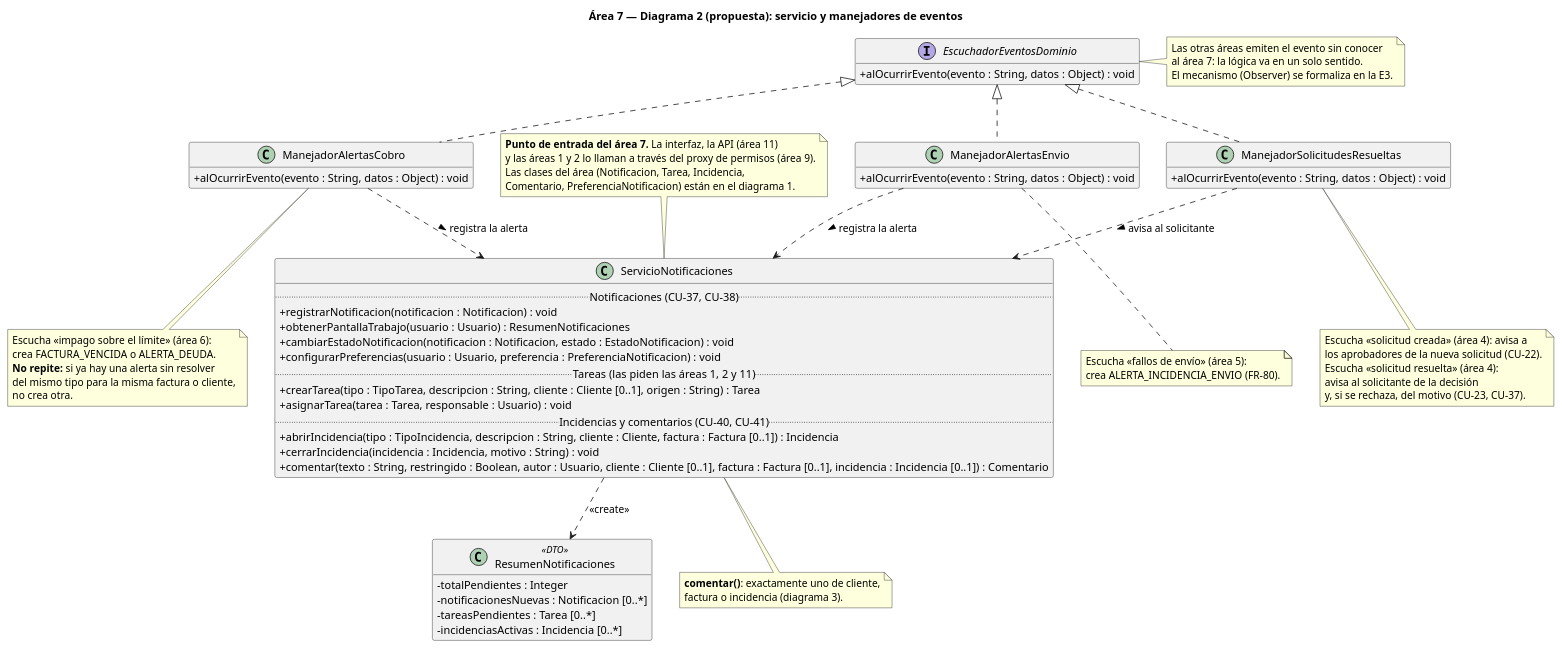
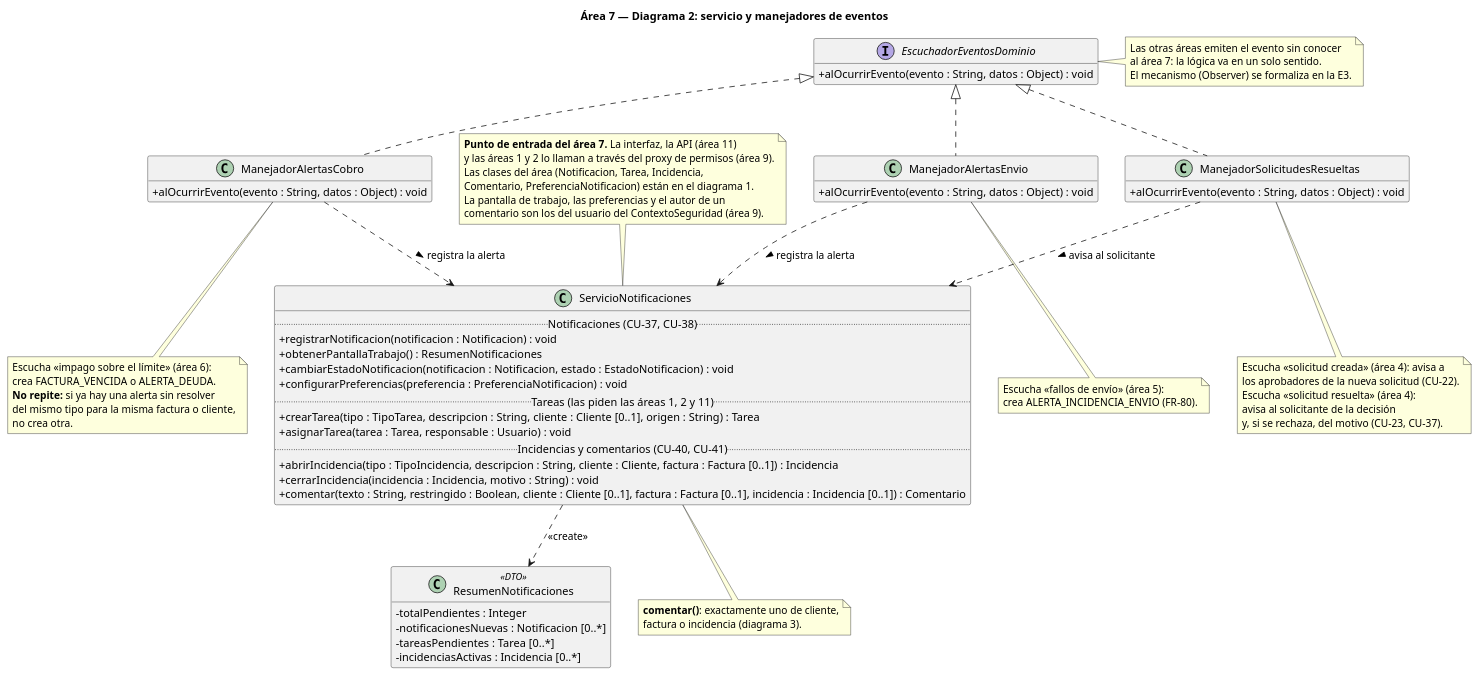
One commit to naybetaomar/AyDA-ProyectoBebes changed the diagram in Entrega2_GrupoBebes/entrega2/diagramas/clases/area07/area7_2_patrones_notificaciones.puml. Above: the diagram before and after it, drawn with PlantUML. The commit also changed 98 other files, not shown here.

Commit message:
Ajuste de los diagramas de secuencia, generacion de imagenes para el PDF

```diff
--- a/Entrega2_GrupoBebes/entrega2/diagramas/clases/area07/area7_2_patrones_notificaciones.puml
+++ b/Entrega2_GrupoBebes/entrega2/diagramas/clases/area07/area7_2_patrones_notificaciones.puml
@@ -1,88 +1,90 @@
 @startuml area7_2
 skinparam classAttributeIconSize 0
 hide empty members
-title Área 7 — Diagrama 2 (propuesta): servicio y manejadores de eventos
+title Área 7 — Diagrama 2: servicio y manejadores de eventos
 
 class ServicioNotificaciones {
   .. Notificaciones (CU-37, CU-38) ..
   + registrarNotificacion(notificacion : Notificacion) : void
-  + obtenerPantallaTrabajo(usuario : Usuario) : ResumenNotificaciones
+  + obtenerPantallaTrabajo() : ResumenNotificaciones
   + cambiarEstadoNotificacion(notificacion : Notificacion, estado : EstadoNotificacion) : void
-  + configurarPreferencias(usuario : Usuario, preferencia : PreferenciaNotificacion) : void
+  + configurarPreferencias(preferencia : PreferenciaNotificacion) : void
   .. Tareas (las piden las áreas 1, 2 y 11) ..
   + crearTarea(tipo : TipoTarea, descripcion : String, cliente : Cliente [0..1], origen : String) : Tarea
   + asignarTarea(tarea : Tarea, responsable : Usuario) : void
   .. Incidencias y comentarios (CU-40, CU-41) ..
   + abrirIncidencia(tipo : TipoIncidencia, descripcion : String, cliente : Cliente, factura : Factura [0..1]) : Incidencia
   + cerrarIncidencia(incidencia : Incidencia, motivo : String) : void
-  + comentar(texto : String, restringido : Boolean, autor : Usuario, cliente : Cliente [0..1], factura : Factura [0..1], incidencia : Incidencia [0..1]) : Comentario
+  + comentar(texto : String, restringido : Boolean, cliente : Cliente [0..1], factura : Factura [0..1], incidencia : Incidencia [0..1]) : Comentario
 }
 
 class ResumenNotificaciones <<DTO>> {
   - totalPendientes : Integer
   - notificacionesNuevas : Notificacion [0..*]
   - tareasPendientes : Tarea [0..*]
   - incidenciasActivas : Incidencia [0..*]
 }
 
 interface EscuchadorEventosDominio {
   + alOcurrirEvento(evento : String, datos : Object) : void
 }
 
 class ManejadorAlertasCobro {
   + alOcurrirEvento(evento : String, datos : Object) : void
 }
 class ManejadorAlertasEnvio {
   + alOcurrirEvento(evento : String, datos : Object) : void
 }
 class ManejadorSolicitudesResueltas {
   + alOcurrirEvento(evento : String, datos : Object) : void
 }
 
 EscuchadorEventosDominio <|.. ManejadorAlertasCobro
 EscuchadorEventosDominio <|.. ManejadorAlertasEnvio
 EscuchadorEventosDominio <|.. ManejadorSolicitudesResueltas
 ManejadorAlertasCobro ..> ServicioNotificaciones : registra la alerta >
 ManejadorAlertasEnvio ..> ServicioNotificaciones : registra la alerta >
 ManejadorSolicitudesResueltas ..> ServicioNotificaciones : avisa al solicitante >
 ServicioNotificaciones ..> ResumenNotificaciones : <<create>>
 
 note top of ServicioNotificaciones
   **Punto de entrada del área 7.** La interfaz, la API (área 11)
   y las áreas 1 y 2 lo llaman a través del proxy de permisos (área 9).
   Las clases del área (Notificacion, Tarea, Incidencia,
   Comentario, PreferenciaNotificacion) están en el diagrama 1.
+  La pantalla de trabajo, las preferencias y el autor de un
+  comentario son los del usuario del ContextoSeguridad (área 9).
 end note
 
 note bottom of ManejadorAlertasCobro
   Escucha «impago sobre el límite» (área 6):
   crea FACTURA_VENCIDA o ALERTA_DEUDA.
   **No repite:** si ya hay una alerta sin resolver
   del mismo tipo para la misma factura o cliente,
   no crea otra.
 end note
 
 note bottom of ManejadorAlertasEnvio
   Escucha «fallos de envío» (área 5):
   crea ALERTA_INCIDENCIA_ENVIO (FR-80).
 end note
 
 note bottom of ManejadorSolicitudesResueltas
   Escucha «solicitud creada» (área 4): avisa a
   los aprobadores de la nueva solicitud (CU-22).
   Escucha «solicitud resuelta» (área 4):
   avisa al solicitante de la decisión
   y, si se rechaza, del motivo (CU-23, CU-37).
 end note
 
 note right of EscuchadorEventosDominio
   Las otras áreas emiten el evento sin conocer
   al área 7: la lógica va en un solo sentido.
   El mecanismo (Observer) se formaliza en la E3.
 end note
 
 note bottom of ServicioNotificaciones
   **comentar()**: exactamente uno de cliente,
   factura o incidencia (diagrama 3).
 end note
 @enduml
```
